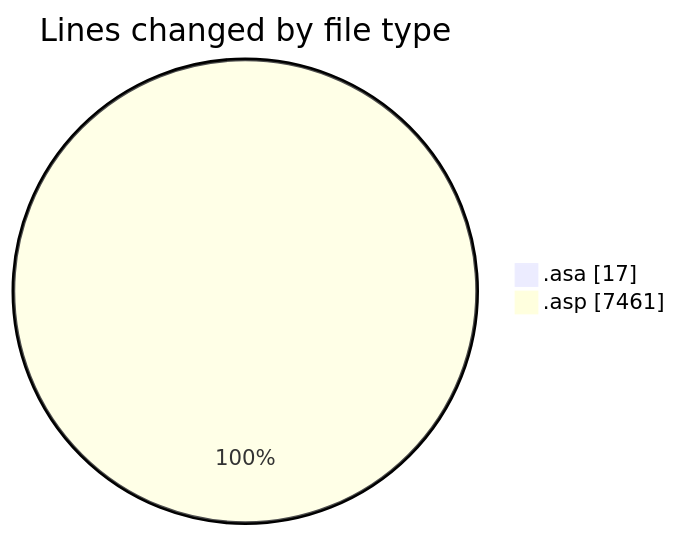
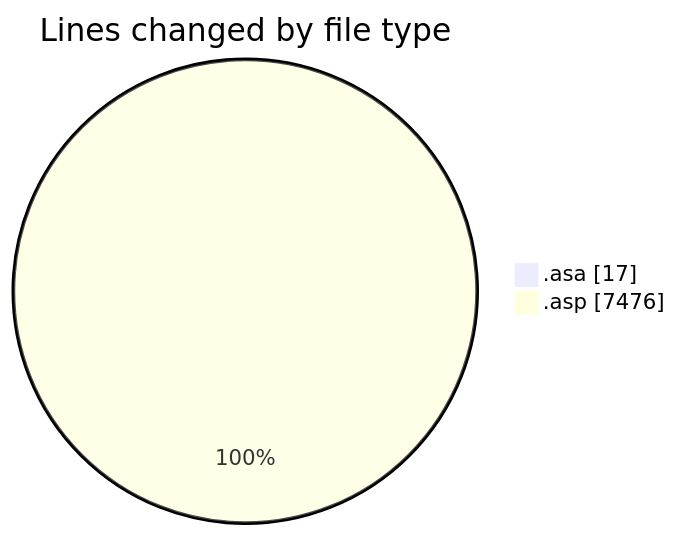
The first of 2 diagrams in 2025-11-06/usr_aleoudev_fr__workspace_/README.md (julien-gomy/code-tracking), drawn with Mermaid before and after one commit. The commit also changed other lines of this file and 1 other file, not shown here.

````diff
--- a/2025-11-06/usr_aleoudev_fr__workspace_/README.md
+++ b/2025-11-06/usr_aleoudev_fr__workspace_/README.md
@@ -24,6 +24,6 @@
 ```mermaid
 pie showData
 title Lines changed by file type
 ".asa" : 17
-".asp" : 7461
+".asp" : 7476
 ```
````
